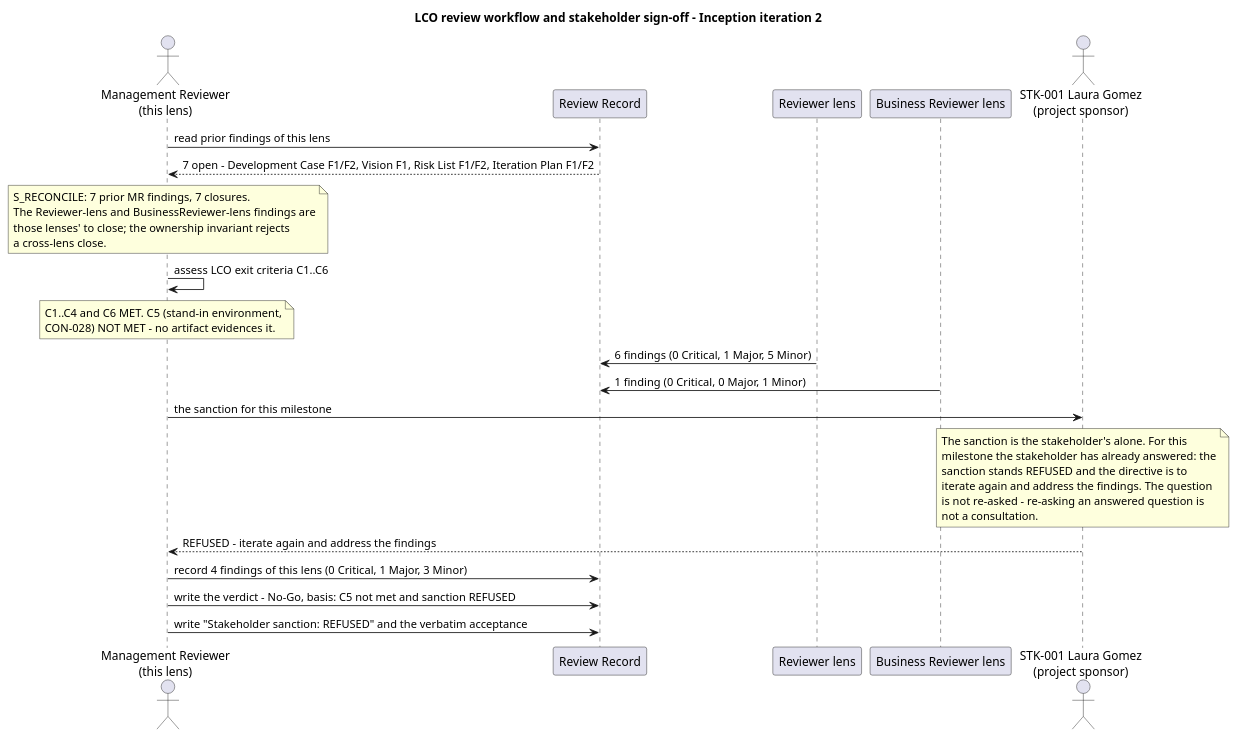
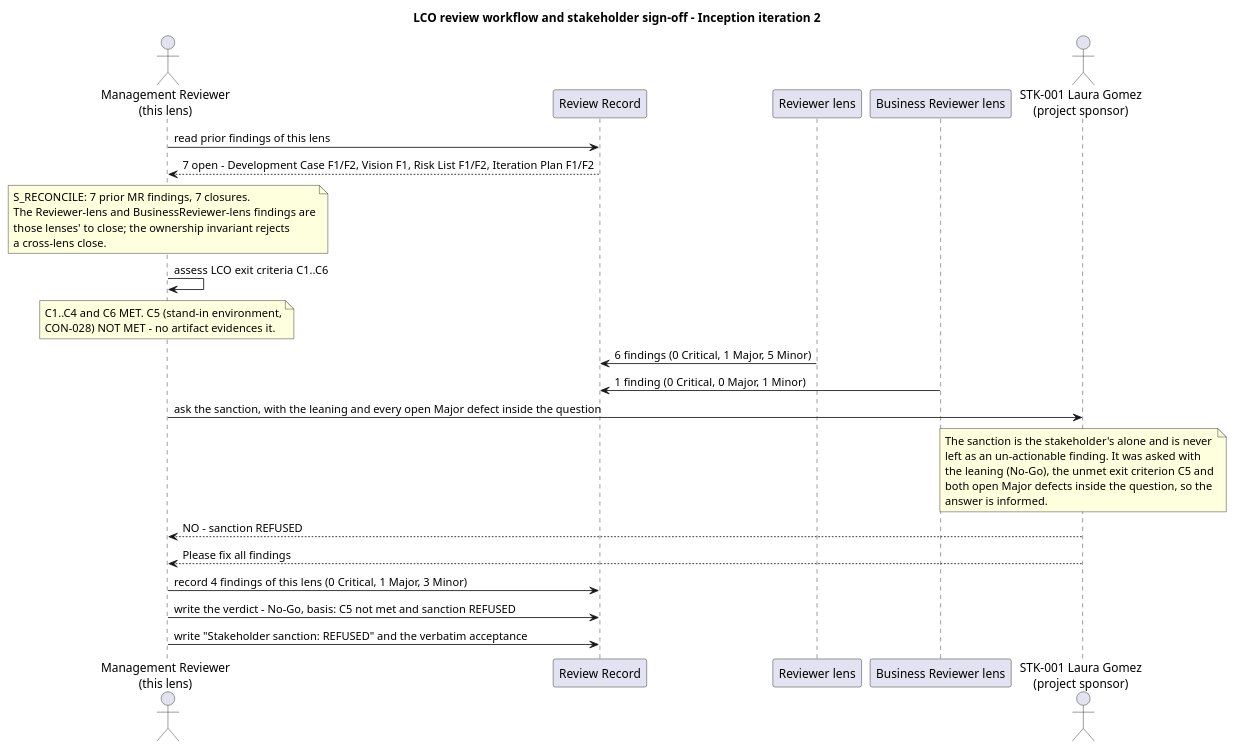
Diagram 31 of 32 in docs/artifacts/project-management/review-record.md (banense-test/portal), drawn with PlantUML before and after one commit. The commit also changed other lines of this file, not shown here.

Commit message:
Management Reviewer [I2]: upsert Review Record
[skip ci]

````diff
--- a/docs/artifacts/project-management/review-record.md
+++ b/docs/artifacts/project-management/review-record.md
@@ -2723,45 +2723,45 @@
 ```plantuml
 @startuml MR2_ReviewWorkflow
 title LCO review workflow and stakeholder sign-off - Inception iteration 2
 skinparam classAttributeIconSize 0
 
 actor "Management Reviewer\n(this lens)" as MR
 participant "Review Record" as RR
 participant "Reviewer lens" as REV
 participant "Business Reviewer lens" as BR
 actor "STK-001 Laura Gomez\n(project sponsor)" as STK
 
 MR -> RR : read prior findings of this lens
 RR --> MR : 7 open - Development Case F1/F2, Vision F1, Risk List F1/F2, Iteration Plan F1/F2
 note over MR
   S_RECONCILE: 7 prior MR findings, 7 closures.
   The Reviewer-lens and BusinessReviewer-lens findings are
   those lenses' to close; the ownership invariant rejects
   a cross-lens close.
 end note
 
 MR -> MR : assess LCO exit criteria C1..C6
 note over MR
   C1..C4 and C6 MET. C5 (stand-in environment,
   CON-028) NOT MET - no artifact evidences it.
 end note
 
 REV -> RR : 6 findings (0 Critical, 1 Major, 5 Minor)
 BR -> RR : 1 finding (0 Critical, 0 Major, 1 Minor)
 
-MR -> STK : the sanction for this milestone
+MR -> STK : ask the sanction, with the leaning and every open Major defect inside the question
 note over STK
-  The sanction is the stakeholder's alone. For this
-  milestone the stakeholder has already answered: the
-  sanction stands REFUSED and the directive is to
-  iterate again and address the findings. The question
-  is not re-asked - re-asking an answered question is
-  not a consultation.
+  The sanction is the stakeholder's alone and is never
+  left as an un-actionable finding. It was asked with
+  the leaning (No-Go), the unmet exit criterion C5 and
+  both open Major defects inside the question, so the
+  answer is informed.
 end note
-STK --> MR : REFUSED - iterate again and address the findings
+STK --> MR : NO - sanction REFUSED
+STK --> MR : Please fix all findings
 
 MR -> RR : record 4 findings of this lens (0 Critical, 1 Major, 3 Minor)
 MR -> RR : write the verdict - No-Go, basis: C5 not met and sanction REFUSED
 MR -> RR : write "Stakeholder sanction: REFUSED" and the verbatim acceptance
 @enduml
 ```
````
